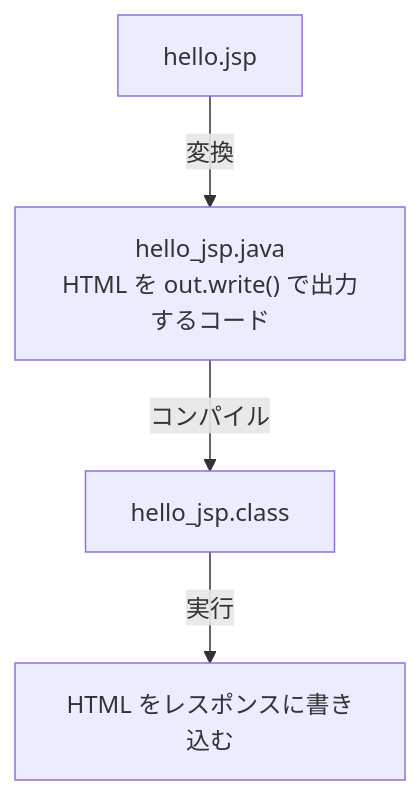
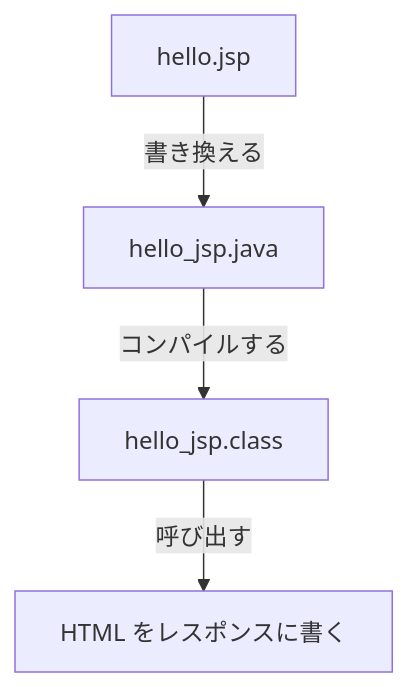
The diagram in servlet/05-jsp/02-jsp-to-servlet-class.md (Appricot144/teaching-material), drawn with Mermaid before and after one commit. The commit also changed other lines of this file and 3 other files, not shown here.

````diff
--- a/servlet/05-jsp/02-jsp-to-servlet-class.md
+++ b/servlet/05-jsp/02-jsp-to-servlet-class.md
@@ -11,6 +15,6 @@
 ```mermaid
 flowchart TB
-    A["hello.jsp"] -- 変換 --> B["hello_jsp.java<br/>HTML を out.write() で出力するコード"]
-    B -- コンパイル --> C["hello_jsp.class"]
-    C -- 実行 --> D["HTML をレスポンスに書き込む"]
+    A["hello.jsp"] -- 書き換える --> B["hello_jsp.java"]
+    B -- コンパイルする --> C["hello_jsp.class"]
+    C -- 呼び出す --> D["HTML をレスポンスに書く"]
 ```
````
